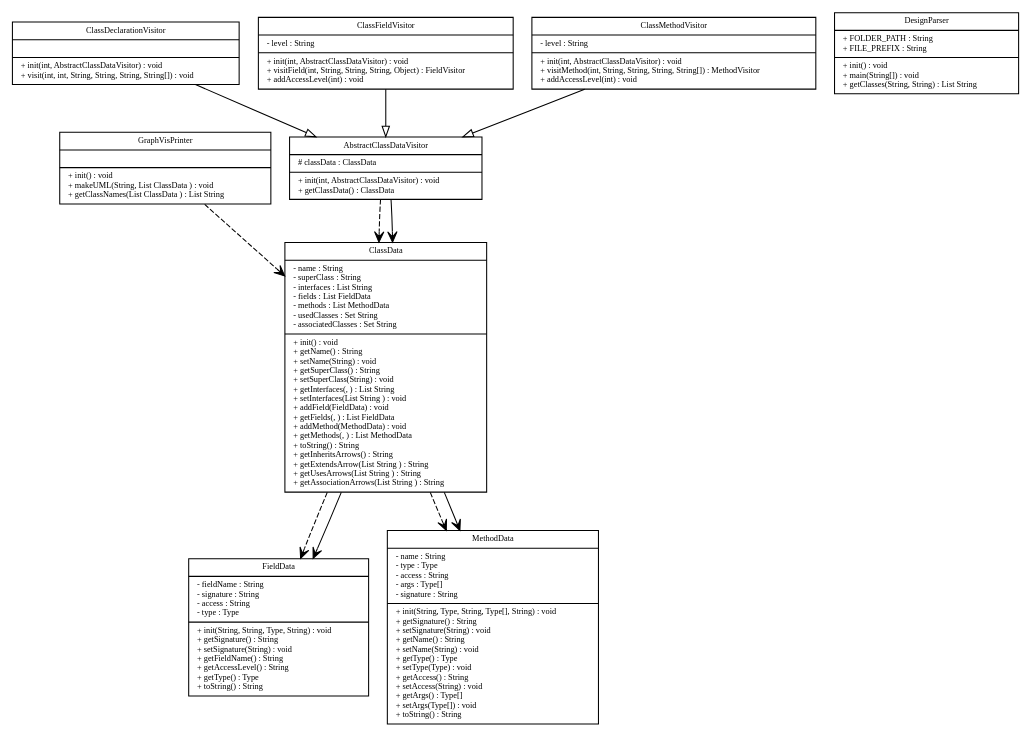
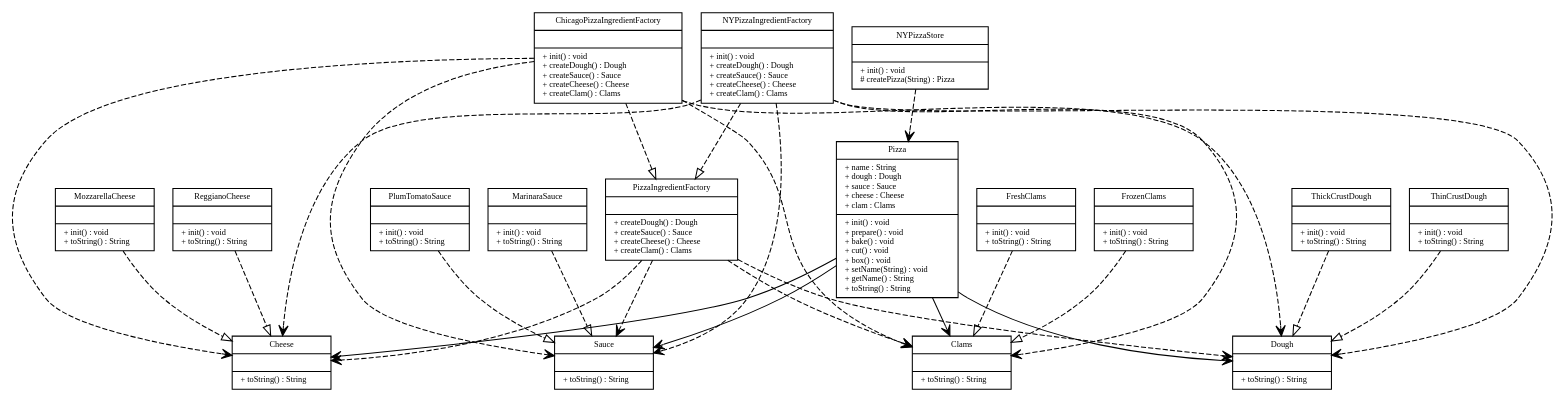
One commit to LoganErexson/CSSE374TeamProject changed the diagram in input_output/Diagram.gv. Above: the diagram before and after it, drawn with Graphviz. The commit also changed 2 other files, not shown here.

Commit message:
Added preset code for generating Pizzaaf UML. Added generated UML image for pizzaaf.

```diff
--- a/input_output/Diagram.gv
+++ b/input_output/Diagram.gv
@@ -9,76 +9,117 @@
 fontname = "Bitstream Vera Sans"
 fontsize =8
 ]
-AbstractClassDataVisitor [
-label = "{AbstractClassDataVisitor|# classData : ClassData\l|+ init(int, AbstractClassDataVisitor) : void\l+ getClassData() : ClassData\l}"
+Cheese [
+label = "{Cheese||+ toString() : String\l}"
 ]
 edge [ 
 arrowhead = "vee"
 style = "dashed"
 ]
-AbstractClassDataVisitor -> ClassData
+ChicagoPizzaIngredientFactory [
+label = "{ChicagoPizzaIngredientFactory||+ init() : void\l+ createDough() : Dough\l+ createSauce() : Sauce\l+ createCheese() : Cheese\l+ createClam() : Clams\l}"
+]
+edge [ 
+arrowhead = "empty"
+style = "dashed"
+]
+ChicagoPizzaIngredientFactory -> PizzaIngredientFactory
 edge [ 
 arrowhead = "vee"
-style = "solid"
+style = "dashed"
 ]
-AbstractClassDataVisitor -> ClassData
-ClassData [
-label = "{ClassData|- name : String\l- superClass : String\l- interfaces : List String\l- fields : List FieldData\l- methods : List MethodData\l- usedClasses : Set String\l- associatedClasses : Set String\l|+ init() : void\l+ getName() : String\l+ setName(String) : void\l+ getSuperClass() : String\l+ setSuperClass(String) : void\l+ getInterfaces(, ) : List String\l+ setInterfaces(List String ) : void\l+ addField(FieldData) : void\l+ getFields(, ) : List FieldData\l+ addMethod(MethodData) : void\l+ getMethods(, ) : List MethodData\l+ toString() : String\l+ getInheritsArrows() : String\l+ getExtendsArrow(List String ) : String\l+ getUsesArrows(List String ) : String\l+ getAssociationArrows(List String ) : String\l}"
+ChicagoPizzaIngredientFactory -> Sauce
+ChicagoPizzaIngredientFactory -> Dough
+ChicagoPizzaIngredientFactory -> Cheese
+ChicagoPizzaIngredientFactory -> Clams
+Clams [
+label = "{Clams||+ toString() : String\l}"
 ]
 edge [ 
 arrowhead = "vee"
 style = "dashed"
 ]
-ClassData -> FieldData
-ClassData -> MethodData
-edge [ 
-arrowhead = "vee"
-style = "solid"
+Dough [
+label = "{Dough||+ toString() : String\l}"
 ]
-ClassData -> FieldData
-ClassData -> MethodData
-ClassDeclarationVisitor [
-label = "{ClassDeclarationVisitor||+ init(int, AbstractClassDataVisitor) : void\l+ visit(int, int, String, String, String, String[]) : void\l}"
-]
-edge [ 
-arrowhead = "empty"
-style = "solid"
-]
-ClassDeclarationVisitor -> AbstractClassDataVisitor
-ClassFieldVisitor [
-label = "{ClassFieldVisitor|- level : String\l|+ init(int, AbstractClassDataVisitor) : void\l+ visitField(int, String, String, String, Object) : FieldVisitor\l+ addAccessLevel(int) : void\l}"
-]
-edge [ 
-arrowhead = "empty"
-style = "solid"
-]
-ClassFieldVisitor -> AbstractClassDataVisitor
 edge [ 
 arrowhead = "vee"
 style = "dashed"
 ]
-edge [ 
-arrowhead = "vee"
-style = "solid"
-]
-ClassMethodVisitor [
-label = "{ClassMethodVisitor|- level : String\l|+ init(int, AbstractClassDataVisitor) : void\l+ visitMethod(int, String, String, String, String[]) : MethodVisitor\l+ addAccessLevel(int) : void\l}"
+FreshClams [
+label = "{FreshClams||+ init() : void\l+ toString() : String\l}"
 ]
 edge [ 
 arrowhead = "empty"
-style = "solid"
+style = "dashed"
 ]
-ClassMethodVisitor -> AbstractClassDataVisitor
+FreshClams -> Clams
 edge [ 
 arrowhead = "vee"
 style = "dashed"
 ]
+FrozenClams [
+label = "{FrozenClams||+ init() : void\l+ toString() : String\l}"
+]
+edge [ 
+arrowhead = "empty"
+style = "dashed"
+]
+FrozenClams -> Clams
 edge [ 
 arrowhead = "vee"
-style = "solid"
+style = "dashed"
 ]
-DesignParser [
-label = "{DesignParser|+ FOLDER_PATH : String\l+ FILE_PREFIX : String\l|+ init() : void\l+ main(String[]) : void\l+ getClasses(String, String) : List String\l}"
+MarinaraSauce [
+label = "{MarinaraSauce||+ init() : void\l+ toString() : String\l}"
+]
+edge [ 
+arrowhead = "empty"
+style = "dashed"
+]
+MarinaraSauce -> Sauce
+edge [ 
+arrowhead = "vee"
+style = "dashed"
+]
+MozzarellaCheese [
+label = "{MozzarellaCheese||+ init() : void\l+ toString() : String\l}"
+]
+edge [ 
+arrowhead = "empty"
+style = "dashed"
+]
+MozzarellaCheese -> Cheese
+edge [ 
+arrowhead = "vee"
+style = "dashed"
+]
+NYPizzaIngredientFactory [
+label = "{NYPizzaIngredientFactory||+ init() : void\l+ createDough() : Dough\l+ createSauce() : Sauce\l+ createCheese() : Cheese\l+ createClam() : Clams\l}"
+]
+edge [ 
+arrowhead = "empty"
+style = "dashed"
+]
+NYPizzaIngredientFactory -> PizzaIngredientFactory
+edge [ 
+arrowhead = "vee"
+style = "dashed"
+]
+NYPizzaIngredientFactory -> Sauce
+NYPizzaIngredientFactory -> Dough
+NYPizzaIngredientFactory -> Cheese
+NYPizzaIngredientFactory -> Clams
+NYPizzaStore [
+label = "{NYPizzaStore||+ init() : void\l# createPizza(String) : Pizza\l}"
+]
+edge [ 
+arrowhead = "vee"
+style = "dashed"
+]
+NYPizzaStore -> Pizza
+Pizza [
+label = "{Pizza|+ name : String\l+ dough : Dough\l+ sauce : Sauce\l+ cheese : Cheese\l+ clam : Clams\l|+ init() : void\l+ prepare() : void\l+ bake() : void\l+ cut() : void\l+ box() : void\l+ setName(String) : void\l+ getName() : String\l+ toString() : String\l}"
 ]
 edge [ 
 arrowhead = "vee"
@@ -88,34 +129,74 @@
 arrowhead = "vee"
 style = "solid"
 ]
-FieldData [
-label = "{FieldData|- fieldName : String\l- signature : String\l- access : String\l- type : Type\l|+ init(String, String, Type, String) : void\l+ getSignature() : String\l+ setSignature(String) : void\l+ getFieldName() : String\l+ getAccessLevel() : String\l+ getType() : Type\l+ toString() : String\l}"
+Pizza -> Sauce
+Pizza -> Dough
+Pizza -> Cheese
+Pizza -> Clams
+PizzaIngredientFactory [
+label = "{PizzaIngredientFactory||+ createDough() : Dough\l+ createSauce() : Sauce\l+ createCheese() : Cheese\l+ createClam() : Clams\l}"
 ]
 edge [ 
 arrowhead = "vee"
 style = "dashed"
 ]
+PizzaIngredientFactory -> Sauce
+PizzaIngredientFactory -> Dough
+PizzaIngredientFactory -> Cheese
+PizzaIngredientFactory -> Clams
+PlumTomatoSauce [
+label = "{PlumTomatoSauce||+ init() : void\l+ toString() : String\l}"
+]
+edge [ 
+arrowhead = "empty"
+style = "dashed"
+]
+PlumTomatoSauce -> Sauce
 edge [ 
 arrowhead = "vee"
-style = "solid"
+style = "dashed"
 ]
-GraphVisPrinter [
-label = "{GraphVisPrinter||+ init() : void\l+ makeUML(String, List ClassData ) : void\l+ getClassNames(List ClassData ) : List String\l}"
+ReggianoCheese [
+label = "{ReggianoCheese||+ init() : void\l+ toString() : String\l}"
+]
+edge [ 
+arrowhead = "empty"
+style = "dashed"
+]
+ReggianoCheese -> Cheese
+edge [ 
+arrowhead = "vee"
+style = "dashed"
+]
+Sauce [
+label = "{Sauce||+ toString() : String\l}"
 ]
 edge [ 
 arrowhead = "vee"
 style = "dashed"
 ]
-GraphVisPrinter -> ClassData
-MethodData [
-label = "{MethodData|- name : String\l- type : Type\l- access : String\l- args : Type[]\l- signature : String\l|+ init(String, Type, String, Type[], String) : void\l+ getSignature() : String\l+ setSignature(String) : void\l+ getName() : String\l+ setName(String) : void\l+ getType() : Type\l+ setType(Type) : void\l+ getAccess() : String\l+ setAccess(String) : void\l+ getArgs() : Type[]\l+ setArgs(Type[]) : void\l+ toString() : String\l}"
+ThickCrustDough [
+label = "{ThickCrustDough||+ init() : void\l+ toString() : String\l}"
 ]
+edge [ 
+arrowhead = "empty"
+style = "dashed"
+]
+ThickCrustDough -> Dough
 edge [ 
 arrowhead = "vee"
 style = "dashed"
 ]
+ThinCrustDough [
+label = "{ThinCrustDough||+ init() : void\l+ toString() : String\l}"
+]
+edge [ 
+arrowhead = "empty"
+style = "dashed"
+]
+ThinCrustDough -> Dough
 edge [ 
 arrowhead = "vee"
-style = "solid"
+style = "dashed"
 ]
 }
```
